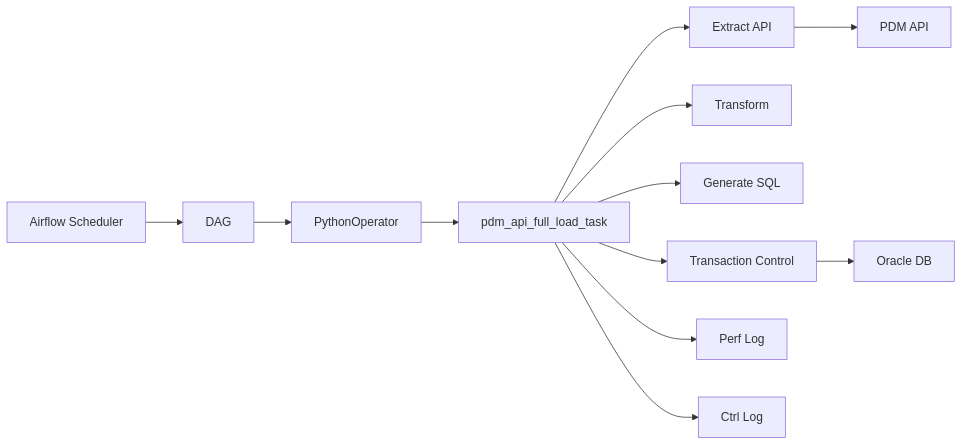
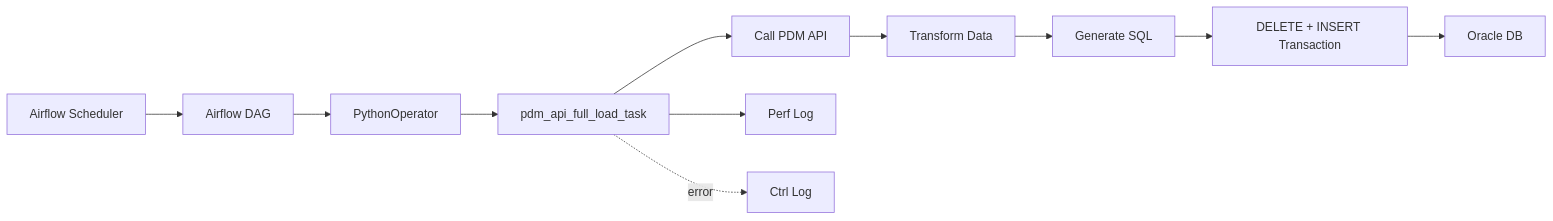
One commit to steven88161815/CodeNotes changed the second of 2 diagrams in Etl job/Etl job/PQO-PDMEtl 重構分享---從 Spring Batch 遷移至 Airflow DAG 的設計與實作.md. Above: the diagram before and after it, drawn with Mermaid. The commit also changed other lines of this file, not shown here.

Commit message:
Update PQO-PDMEtl 重構分享---從 Spring Batch 遷移至 Airflow DAG 的設計與實作.md

````diff
--- a/Etl job/Etl job/PQO-PDMEtl 重構分享---從 Spring Batch 遷移至 Airflow DAG 的設計與實作.md
+++ b/Etl job/Etl job/PQO-PDMEtl 重構分享---從 Spring Batch 遷移至 Airflow DAG 的設計與實作.md
@@ -536,18 +458,15 @@
 ```mermaid
-flowchart LR
-    A[Airflow Scheduler] --> B[DAG]
-
-    B --> C[PythonOperator]
-    C --> D[pdm_api_full_load_task]
-
-    D --> E[Extract API]
-    D --> F[Transform]
-    D --> G[Generate SQL]
-    D --> H[Transaction Control]
-
-    E --> I[PDM API]
-    H --> J[Oracle DB]
-
-    D --> K[Perf Log]
-    D --> L[Ctrl Log]
+flowchart LR  
+A[Airflow Scheduler] --> B[Airflow DAG]  
+B --> C[PythonOperator]  
+C --> D[pdm_api_full_load_task]  
+  
+D --> E[Call PDM API]  
+E --> F[Transform Data]  
+F --> G[Generate SQL]  
+G --> H[DELETE + INSERT Transaction]  
+H --> I[Oracle DB]  
+  
+D --> J[Perf Log]  
+D -. error .-> K[Ctrl Log]
 ```
````
